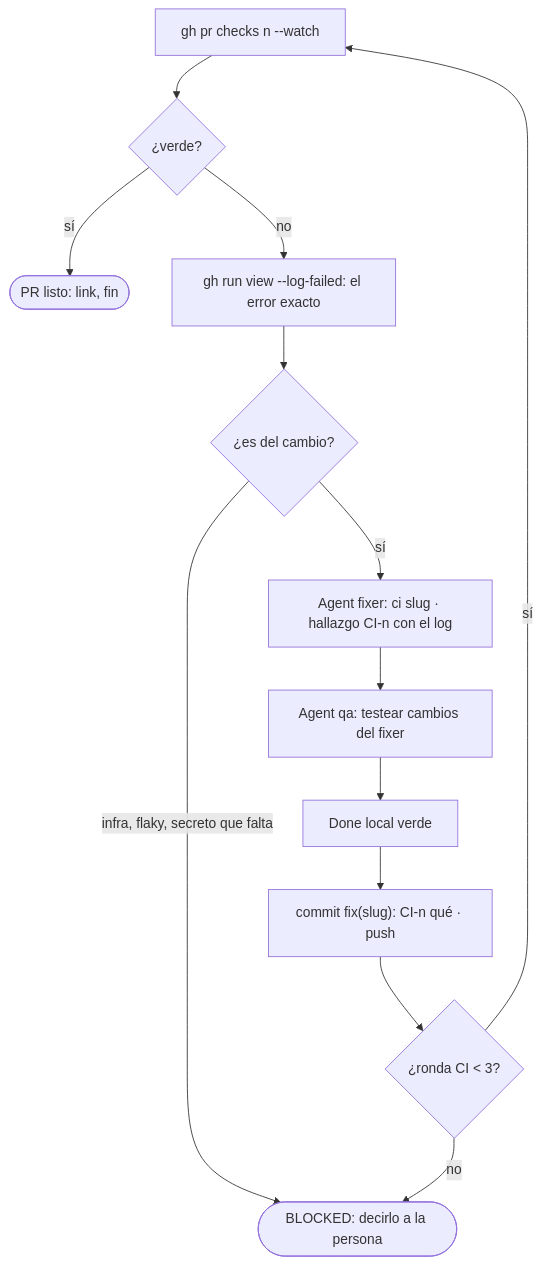
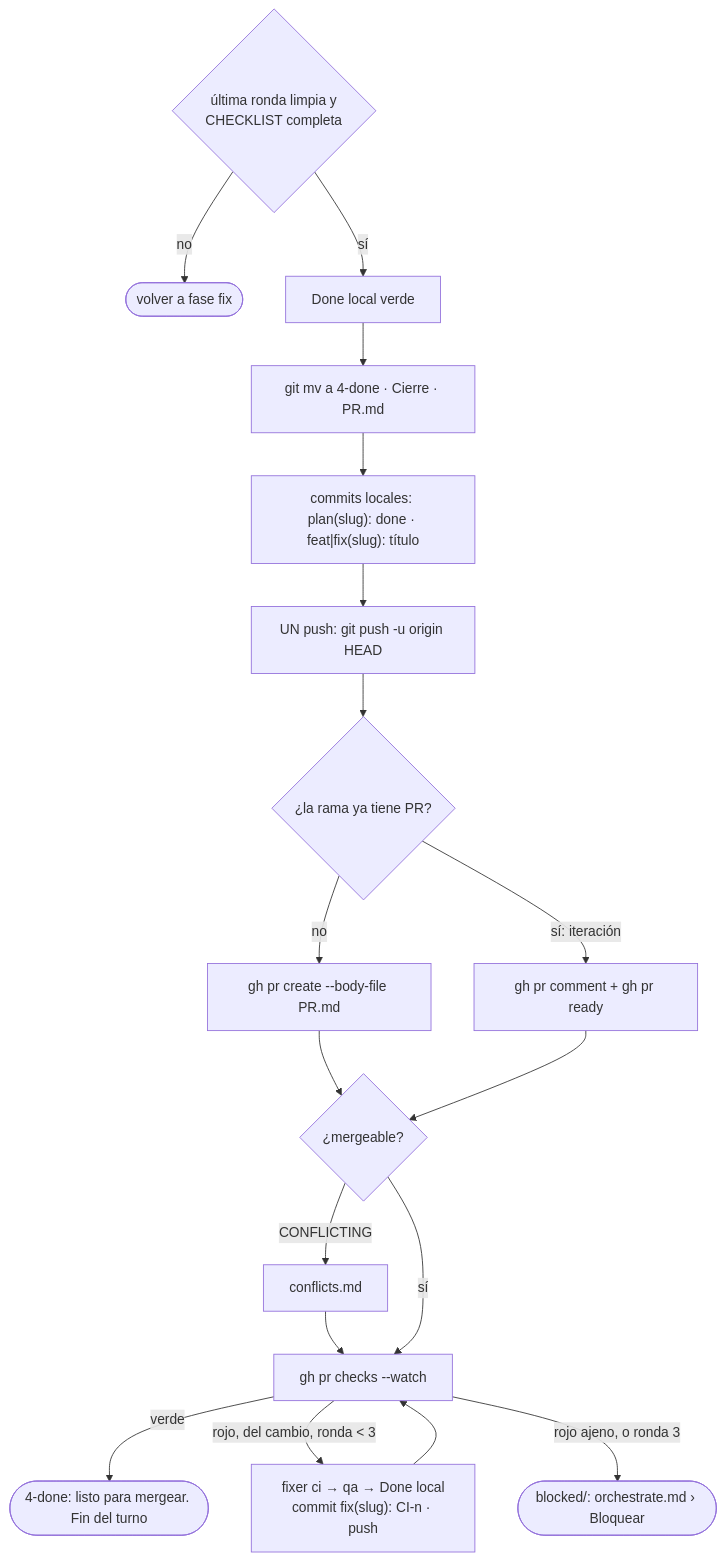
The diagram in skills/workflow/references/pr.md (octavio-parozlabs/mindstack), drawn with Mermaid before and after one commit. The commit also changed other lines of this file and 44 other files, not shown here.

````diff
--- a/skills/workflow/references/pr.md
+++ b/skills/workflow/references/pr.md
@@ -31,15 +5,17 @@
 ```mermaid
 flowchart TD
-    W["gh pr checks n --watch"] --> R{¿verde?}
-    R -- sí --> OK([PR listo: link, fin])
-    R -- no --> L["gh run view --log-failed: el error exacto"]
-    L --> T{¿es del cambio?}
-    T -- "infra, flaky, secreto que falta" --> B([BLOCKED: decirlo a la persona])
-    T -- sí --> F["Agent fixer: ci slug · hallazgo CI-n con el log"]
-    F --> Q["Agent qa: testear cambios del fixer"]
-    Q --> D["Done local verde"]
-    D --> C["commit fix(slug): CI-n qué · push"]
-    C --> N{¿ronda CI < 3?}
-    N -- sí --> W
-    N -- no --> B
+    V{"última ronda limpia y\nCHECKLIST completa"} -- no --> STOP([volver a fase fix])
+    V -- sí --> D[Done local verde]
+    D --> MV["git mv a 4-done · Cierre · PR.md"]
+    MV --> CC["commits locales: plan(slug): done · feat|fix(slug): título"]
+    CC --> P["UN push: git push -u origin HEAD"]
+    P --> G{¿la rama ya tiene PR?}
+    G -- no --> NEW[gh pr create --body-file PR.md]
+    G -- "sí: iteración" --> IT[gh pr comment + gh pr ready]
+    NEW & IT --> X{¿mergeable?}
+    X -- CONFLICTING --> CF[conflicts.md] --> W
+    X -- sí --> W["gh pr checks --watch"]
+    W -- verde --> OK([4-done: listo para mergear. Fin del turno])
+    W -- "rojo, del cambio, ronda < 3" --> F["fixer ci → qa → Done local\ncommit fix(slug): CI-n · push"] --> W
+    W -- "rojo ajeno, o ronda 3" --> BL([blocked/: orchestrate.md › Bloquear])
 ```
````
